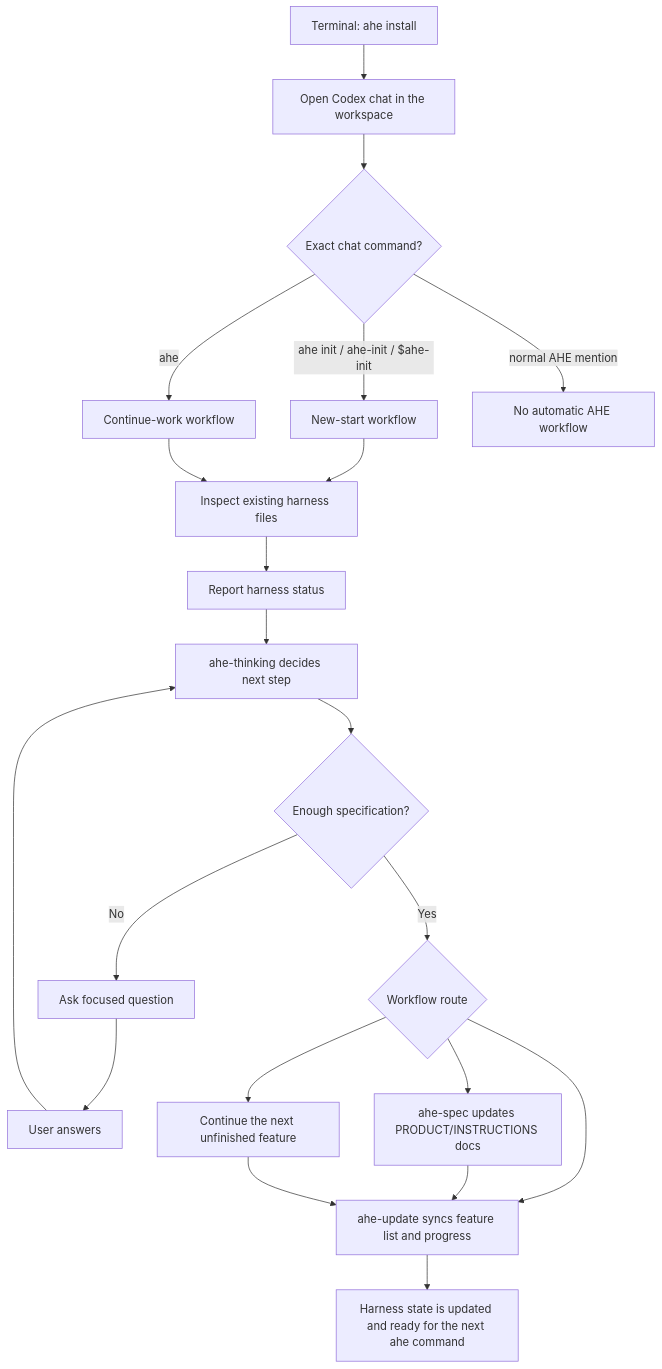
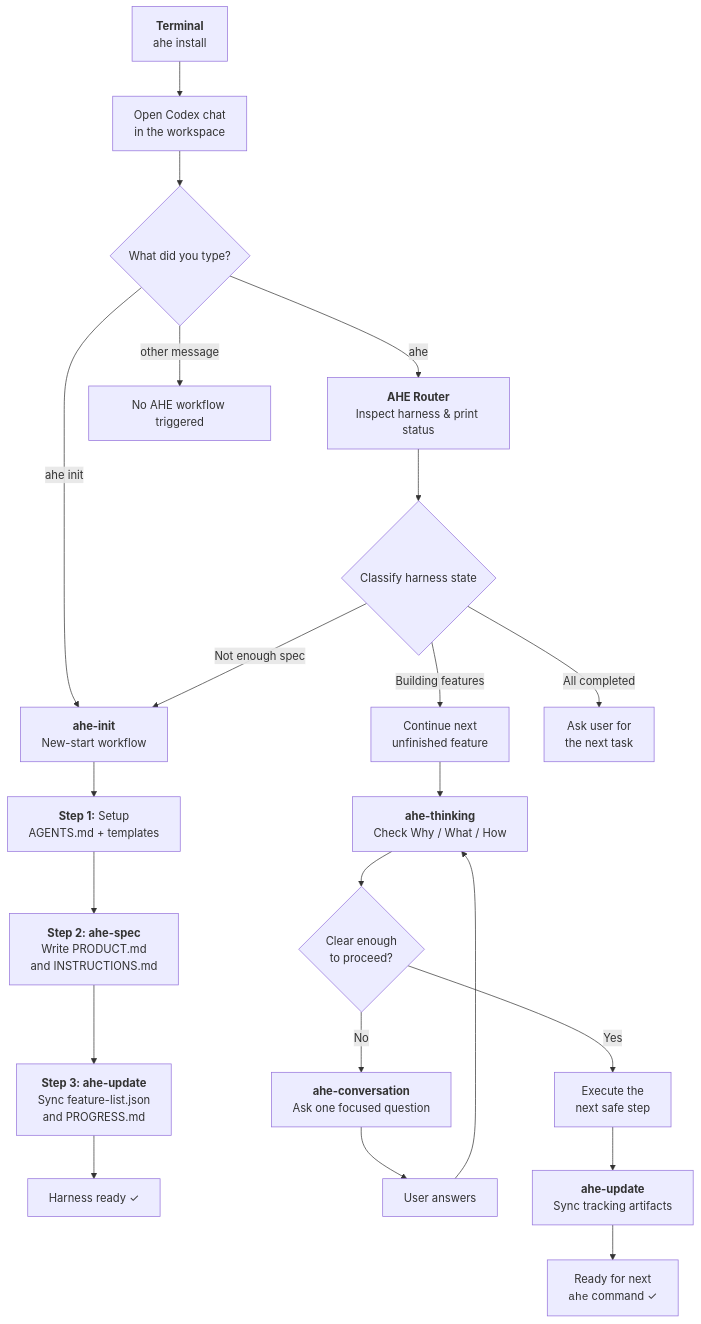
Before and after one commit to ksuchoi216/awesome_harness_engineering: the diagram in README.md, drawn with Mermaid. The commit also changed other lines of this file and 1 other file, not shown here.

Commit message:
docs: overhaul README and PROGRESS documentation with updated CLI instructions, usage workflow tables, and process flow diagrams

````diff
--- a/README.md
+++ b/README.md
@@ -62,29 +97,28 @@
 ```mermaid
 flowchart TD
-    Install["Terminal: ahe install"] --> Chat["Open Codex chat in the workspace"]
-    Chat --> Command{"Exact chat command?"}
+    Install["<b>Terminal</b><br/>ahe install"] --> Chat["Open Codex chat<br/>in the workspace"]
 
-    Command -->|"ahe init / ahe-init / $ahe-init"| Init["New-start workflow"]
-    Command -->|"ahe"| Continue["Continue-work workflow"]
-    Command -->|"normal AHE mention"| Noop["No automatic AHE workflow"]
+    Chat --> Command{"What did you type?"}
+    Command -->|"ahe init"| Init["<b>ahe-init</b><br/>New-start workflow"]
+    Command -->|"ahe"| Router["<b>AHE Router</b><br/>Inspect harness &amp; print status"]
+    Command -->|"other message"| Noop["No AHE workflow triggered"]
 
-    Init --> Inspect["Inspect existing harness files"]
-    Continue --> Inspect
+    Router --> Classify{"Classify harness state"}
+    Classify -->|"Not enough spec"| Init
+    Classify -->|"Building features"| Feature["Continue next<br/>unfinished feature"]
+    Classify -->|"All completed"| AskNext["Ask user for<br/>the next task"]
 
-    Inspect --> Status["Report harness status"]
-    Status --> Think["ahe-thinking decides next step"]
+    Init --> Step1["<b>Step 1:</b> Setup<br/>AGENTS.md + templates"]
+    Step1 --> Step2["<b>Step 2: ahe-spec</b><br/>Write PRODUCT.md<br/>and INSTRUCTIONS.md"]
+    Step2 --> Step3["<b>Step 3: ahe-update</b><br/>Sync feature-list.json<br/>and PROGRESS.md"]
+    Step3 --> Done["Harness ready ✓"]
 
-    Think --> Enough{"Enough specification?"}
-    Enough -->|"No"| Question["Ask focused question"]
-    Question --> User["User answers"]
-    User --> Think
-
-    Enough -->|"Yes"| Route{"Workflow route"}
-    Route --> Spec["ahe-spec updates PRODUCT/INSTRUCTIONS docs"]
-    Route --> Update["ahe-update syncs feature list and progress"]
-    Route --> Work["Continue the next unfinished feature"]
-
-    Spec --> Update
-    Work --> Update
-    Update --> Done["Harness state is updated and ready for the next ahe command"]
+    Feature --> Thinking["<b>ahe-thinking</b><br/>Check Why / What / How"]
+    Thinking --> Clear{"Clear enough<br/>to proceed?"}
+    Clear -->|"No"| Convo["<b>ahe-conversation</b><br/>Ask one focused question"]
+    Convo --> UserAnswer["User answers"]
+    UserAnswer --> Thinking
+    Clear -->|"Yes"| Execute["Execute the<br/>next safe step"]
+    Execute --> Update["<b>ahe-update</b><br/>Sync tracking artifacts"]
+    Update --> Done2["Ready for next<br/><code>ahe</code> command ✓"]
 ```
````
